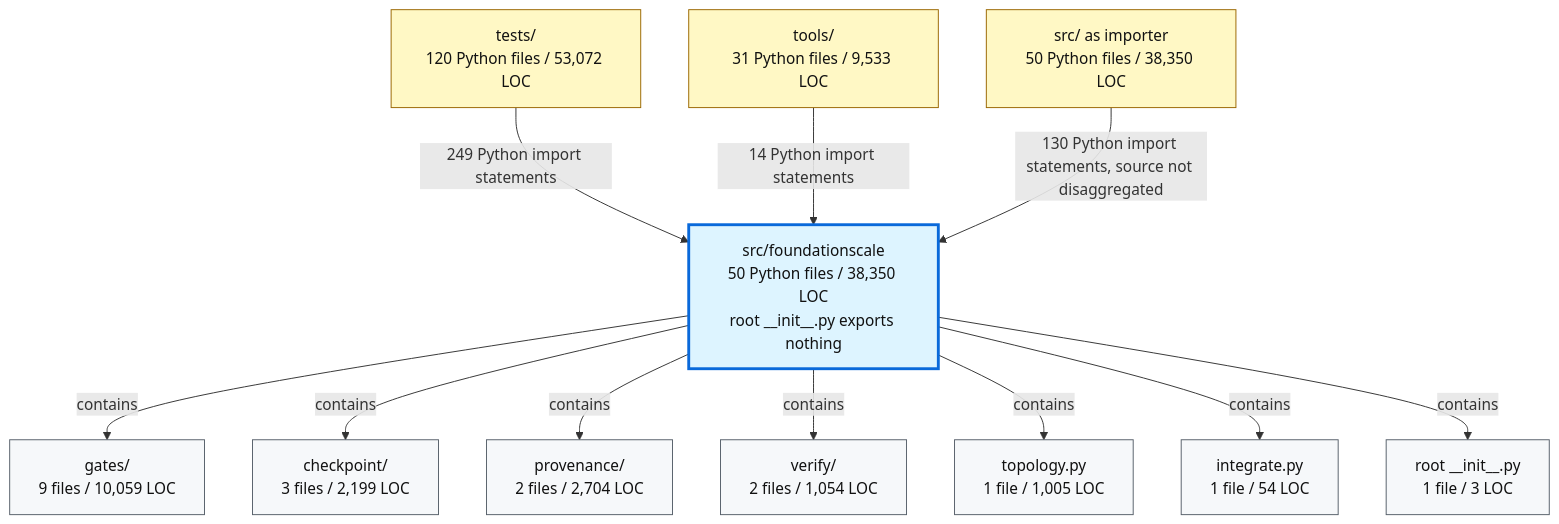
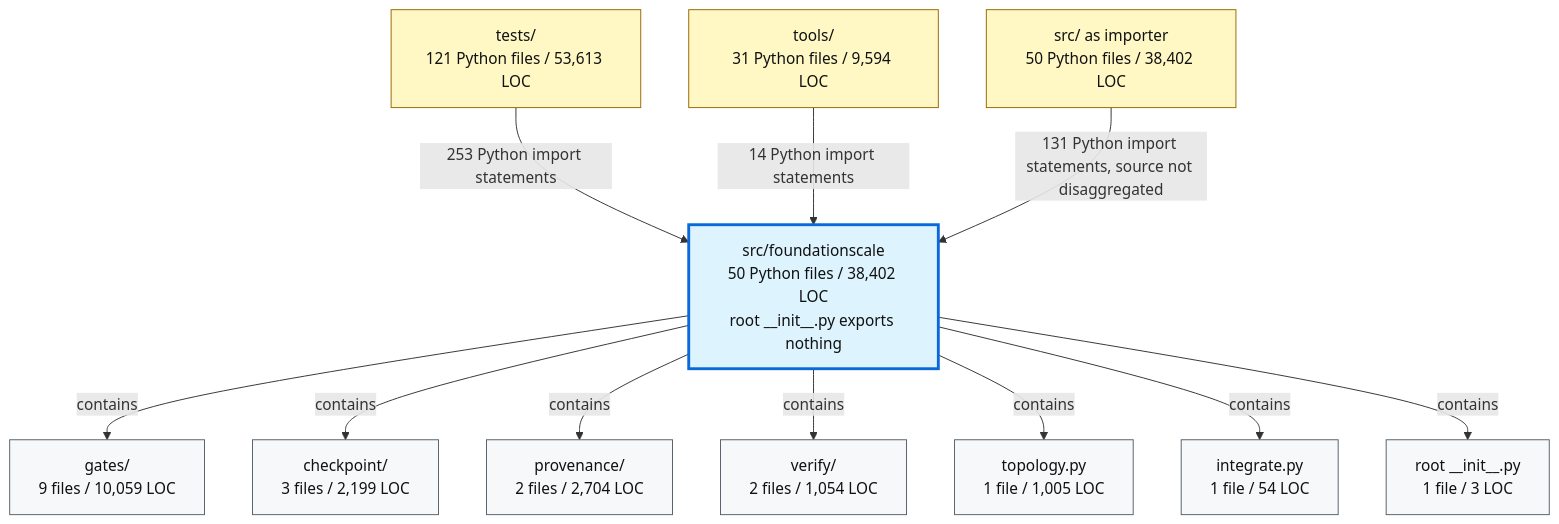
The second of 2 diagrams in docs/review/D2_current_architecture.md (TranNhiem/FoundationScale), drawn with Mermaid before and after one commit. The commit also changed other lines of this file and 23 other files, not shown here.

````diff
--- a/docs/review/D2_current_architecture.md
+++ b/docs/review/D2_current_architecture.md
@@ -97,36 +97,36 @@
 ```mermaid
 flowchart TB
-  TESTS["tests/<br/>120 Python files / 53,072 LOC"]
-  TOOLS["tools/<br/>31 Python files / 9,533 LOC"]
-  SRC["src/ as importer<br/>50 Python files / 38,350 LOC"]
+  TESTS["tests/<br/>121 Python files / 53,613 LOC"]
+  TOOLS["tools/<br/>31 Python files / 9,594 LOC"]
+  SRC["src/ as importer<br/>50 Python files / 38,402 LOC"]
 
-  FS["src/foundationscale<br/>50 Python files / 38,350 LOC<br/>root __init__.py exports nothing"]
+  FS["src/foundationscale<br/>50 Python files / 38,402 LOC<br/>root __init__.py exports nothing"]
 
   GATES["gates/<br/>9 files / 10,059 LOC"]
   CKPT["checkpoint/<br/>3 files / 2,199 LOC"]
   PROV["provenance/<br/>2 files / 2,704 LOC"]
   VERIFY["verify/<br/>2 files / 1,054 LOC"]
   TOPO["topology.py<br/>1 file / 1,005 LOC"]
   INTEG["integrate.py<br/>1 file / 54 LOC"]
   ROOT["root __init__.py<br/>1 file / 3 LOC"]
 
-  TESTS -->|"249 Python import statements"| FS
+  TESTS -->|"253 Python import statements"| FS
   TOOLS -->|"14 Python import statements"| FS
-  SRC -->|"130 Python import statements, source not disaggregated"| FS
+  SRC -->|"131 Python import statements, source not disaggregated"| FS
 
   FS -->|"contains"| GATES
   FS -->|"contains"| CKPT
   FS -->|"contains"| PROV
   FS -->|"contains"| VERIFY
   FS -->|"contains"| TOPO
   FS -->|"contains"| INTEG
   FS -->|"contains"| ROOT
 
   classDef consumer fill:#fff8c5,stroke:#9a6700,color:#111;
   classDef package fill:#ddf4ff,stroke:#0969da,stroke-width:3px,color:#111;
   classDef module fill:#f6f8fa,stroke:#57606a,color:#111;
 
   class TESTS,TOOLS,SRC consumer;
   class FS package;
   class GATES,CKPT,PROV,VERIFY,TOPO,INTEG,ROOT module;
 ```
````
